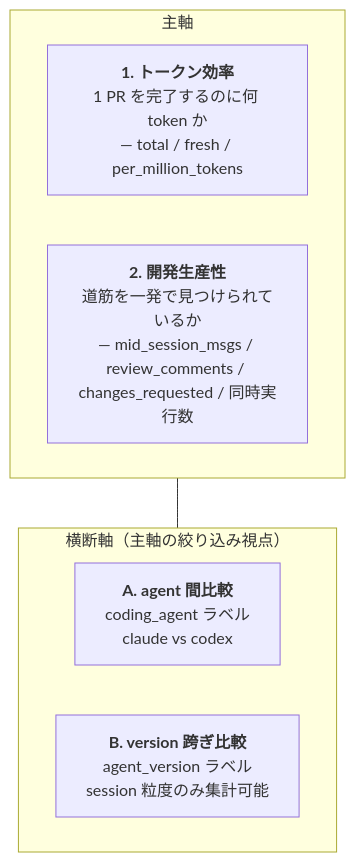
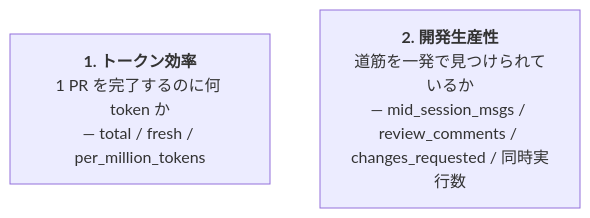
Before and after one commit to ishii1648/hitl-metrics: the first of 4 diagrams in site/content/explain/metrics/index.md, drawn with Mermaid. The commit also changed other lines of this file, not shown here.

First line of the commit message:
docs(site): trim cross-axis framing and shrink 4-category mermaid

````diff
--- a/site/content/explain/metrics/index.md
+++ b/site/content/explain/metrics/index.md
@@ -12,14 +12,5 @@
 ```mermaid
 flowchart TB
-    subgraph main["主軸"]
-        A1["<b>1. トークン効率</b><br/>1 PR を完了するのに何 token か<br/>― total / fresh / per_million_tokens"]
-        A2["<b>2. 開発生産性</b><br/>道筋を一発で見つけられているか<br/>― mid_session_msgs / review_comments / changes_requested / 同時実行数"]
-    end
-
-    subgraph cross["横断軸（主軸の絞り込み視点）"]
-        C1["<b>A. agent 間比較</b><br/>coding_agent ラベル<br/>claude vs codex"]
-        C2["<b>B. version 跨ぎ比較</b><br/>agent_version ラベル<br/>session 粒度のみ集計可能"]
-    end
-
-    main --- cross
+    A1["<b>1. トークン効率</b><br/>1 PR を完了するのに何 token か<br/>― total / fresh / per_million_tokens"]
+    A2["<b>2. 開発生産性</b><br/>道筋を一発で見つけられているか<br/>― mid_session_msgs / review_comments / changes_requested / 同時実行数"]
 ```
````
